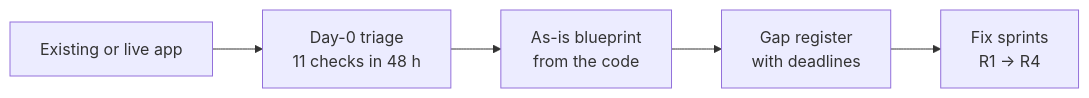
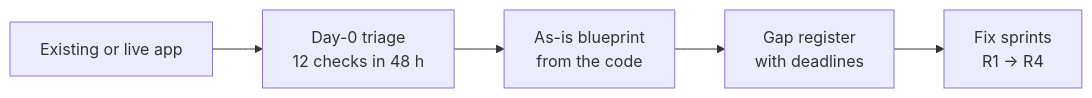
The second of 2 diagrams in README.md (bewithkhan/bansat), drawn with Mermaid before and after one commit.

Commit message:
README: the Day-0 triage has 12 checks since v2.4

````diff
--- a/README.md
+++ b/README.md
@@ -72,4 +72,4 @@
 ```mermaid
 flowchart LR
-    E["Existing or live app"] --> T["Day-0 triage<br/>11 checks in 48 h"] --> R["As-is blueprint<br/>from the code"] --> GR["Gap register<br/>with deadlines"] --> S["Fix sprints<br/>R1 → R4"]
+    E["Existing or live app"] --> T["Day-0 triage<br/>12 checks in 48 h"] --> R["As-is blueprint<br/>from the code"] --> GR["Gap register<br/>with deadlines"] --> S["Fix sprints<br/>R1 → R4"]
 ```
````
